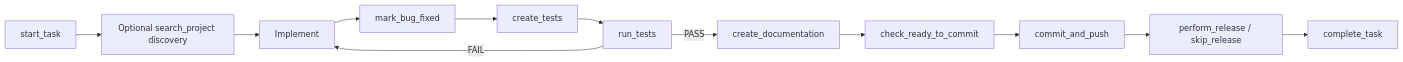
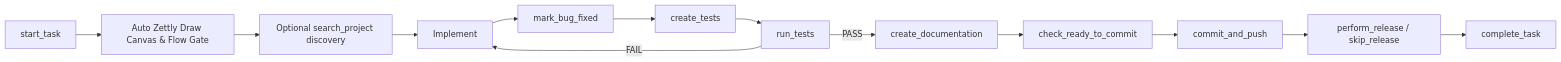
The diagram in README.md (programinglive/dev-workflow), drawn with Mermaid before and after one commit. The commit also changed other lines of this file and 8 other files, not shown here.

````diff
--- a/README.md
+++ b/README.md
@@ -56,13 +56,15 @@
 ```mermaid
 graph LR
-    A[start_task] --> S[Optional search_project discovery] --> B[Implement]
+    A[start_task] --> F[Auto Zettly Draw Canvas & Flow Gate]
+    F --> S[Optional search_project discovery]
+    S --> B[Implement]
     B --> C[mark_bug_fixed]
     C --> D[create_tests]
     D --> E[run_tests]
     E -- FAIL --> B
-    E -- PASS --> F[create_documentation]
-    F --> G[check_ready_to_commit]
-    G --> H[commit_and_push]
-    H --> I[perform_release / skip_release]
-    I --> J[complete_task]
+    E -- PASS --> G[create_documentation]
+    G --> H[check_ready_to_commit]
+    H --> I[commit_and_push]
+    I --> J[perform_release / skip_release]
+    J --> K[complete_task]
 ```
````
